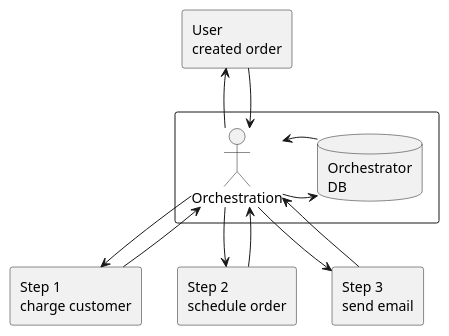
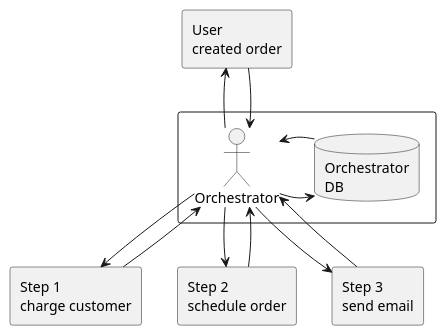
Before and after one commit to milosbugarinovic/blog: the diagram in draft/choreography-vs-orchestration/orchestrate-3-step-example.puml, drawn with PlantUML. The commit also changed 5 other files, not shown here.

```diff
--- a/draft/choreography-vs-orchestration/orchestrate-3-step-example.puml
+++ b/draft/choreography-vs-orchestration/orchestrate-3-step-example.puml
@@ -1,26 +1,26 @@
 @startuml
 
 rectangle "User\ncreated order" as userAction
 rectangle {
-  actor Orchestration as orchestrator
+  actor Orchestrator as orchestrator
   database "Orchestrator\nDB" as orchestratorDb
 }
 rectangle "Step 1\ncharge customer" as step1
 rectangle "Step 2\nschedule order" as step2
 rectangle "Step 3\nsend email"  as step3
 
 orchestrator -up-> userAction
 orchestrator <-up- userAction
 orchestrator -right-> orchestratorDb
 orchestrator <-right- orchestratorDb
 
 orchestrator -down-> step1
 orchestrator <-down- step1
 
 orchestrator -down-> step2
 orchestrator <-down- step2
 
 orchestrator -down-> step3
 orchestrator <-down- step3
 
 @enduml
```
